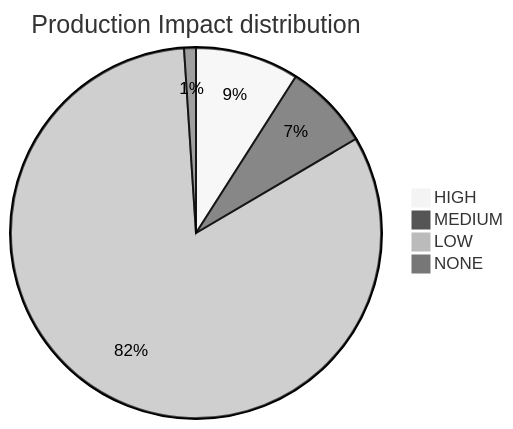
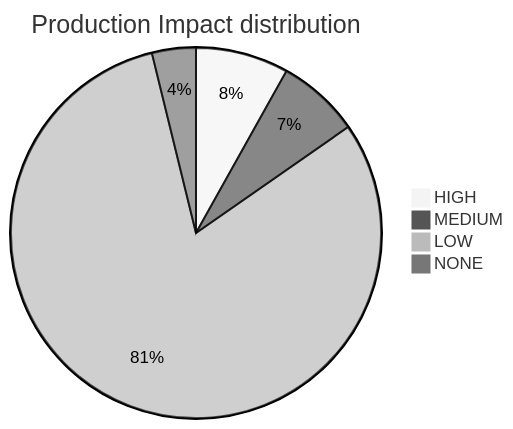
Before and after one commit to mikeybeezy/goldenpath-idp-infra: the second of 2 diagrams in PLATFORM_HEALTH.md, drawn with Mermaid (neutral theme). The commit also changed other lines of this file and 888 other files, not shown here.

````diff
--- a/PLATFORM_HEALTH.md
+++ b/PLATFORM_HEALTH.md
@@ -52,7 +54,7 @@
 ```mermaid
 pie title Production Impact distribution
-    "HIGH" : 35
-    "MEDIUM" : 29
-    "LOW" : 319
-    "NONE" : 4
+    "HIGH" : 36
+    "MEDIUM" : 32
+    "LOW" : 359
+    "NONE" : 17
 ```
````
